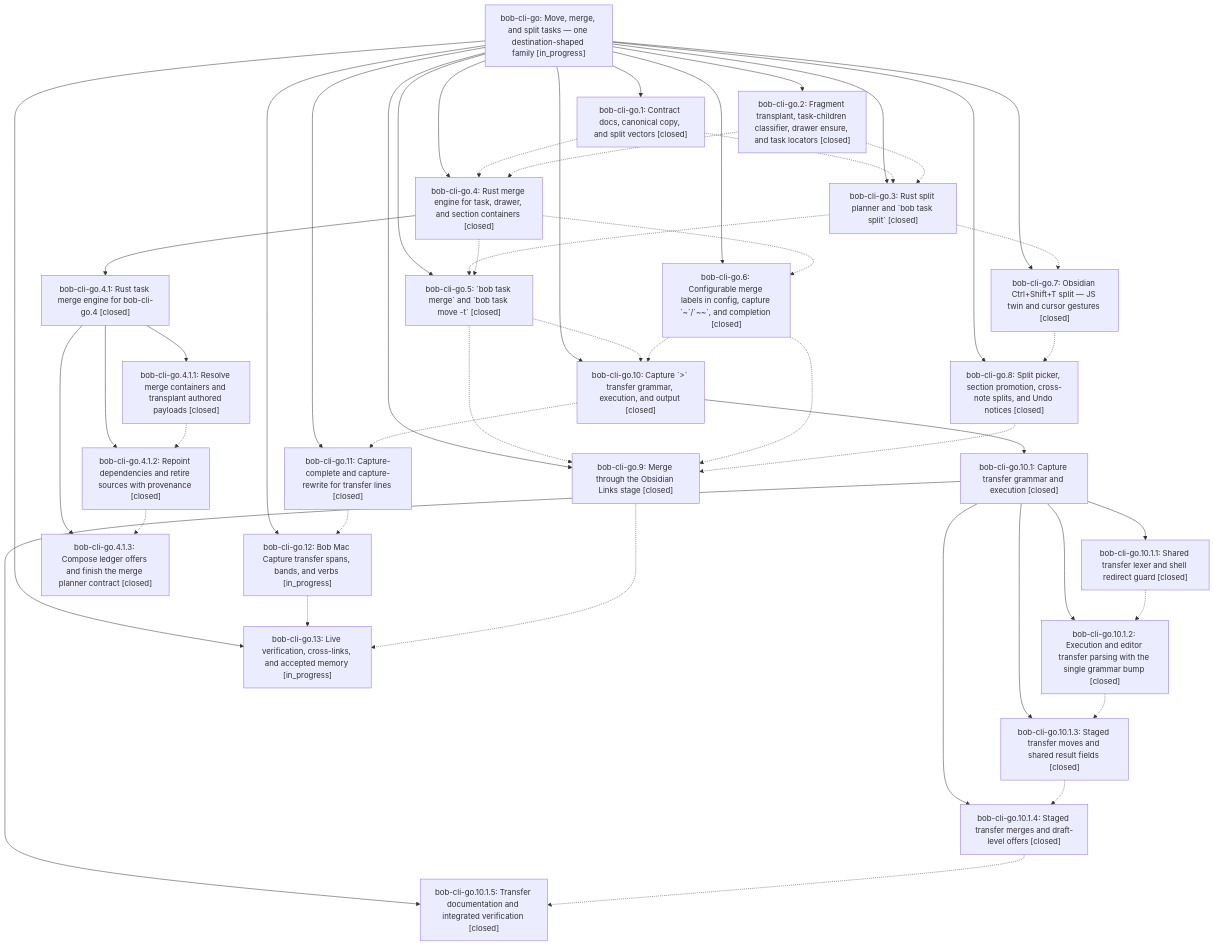
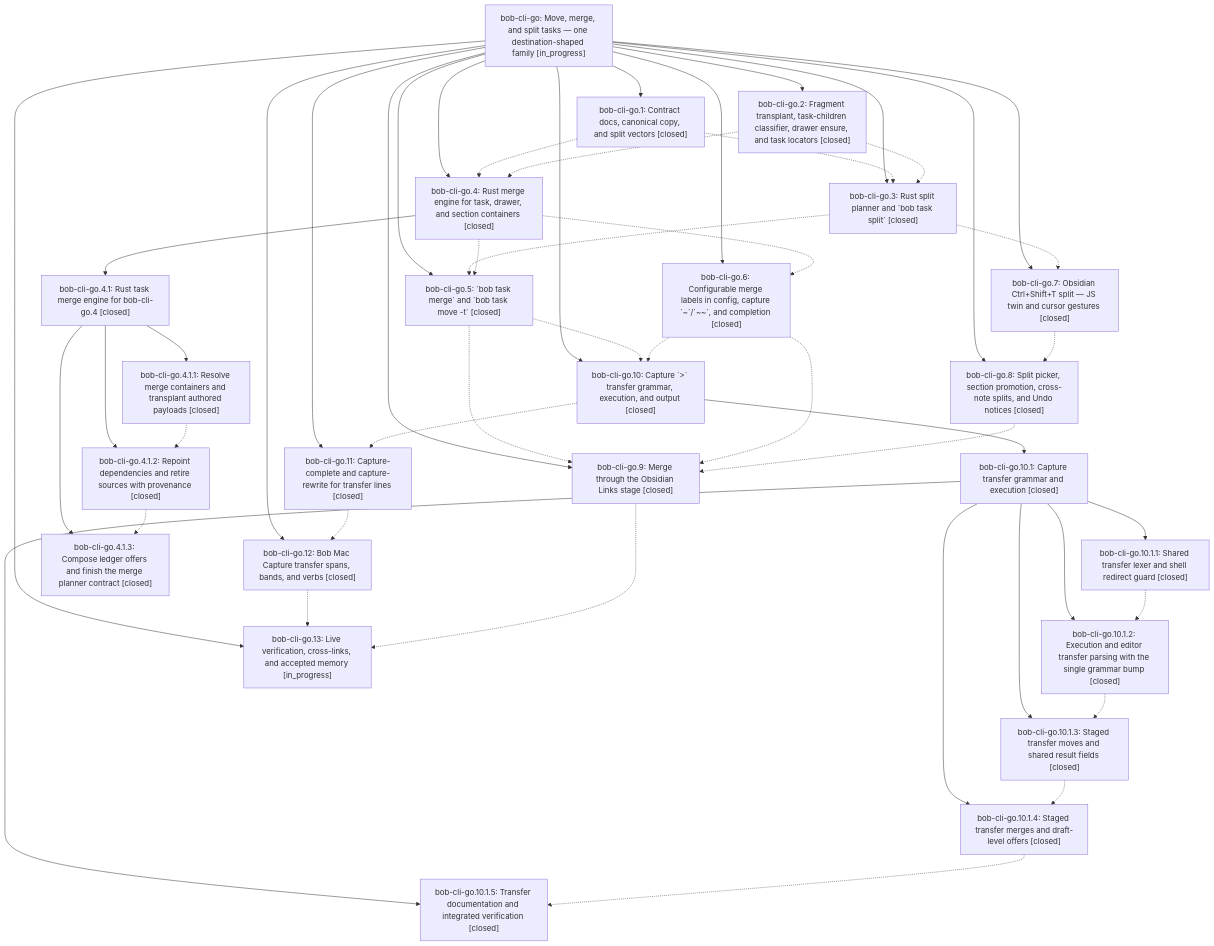
One commit to bobs-org/bob-cli--beads changed the diagram in pages/bob-cli-go/README.md. Above: the diagram before and after it, drawn with Mermaid. The commit also changed other lines of this file and 4 other files, not shown here.

First line of the commit message:
chore(beads): sync bead state and pages for bob-cli-go

````diff
--- a/pages/bob-cli-go/README.md
+++ b/pages/bob-cli-go/README.md
@@ -74,74 +74,74 @@
 ```mermaid
 flowchart TD
     n0["bob-cli-go: Move, merge, and split tasks — one destination-shaped family [in_progress]"]
     n1["bob-cli-go.1: Contract docs, canonical copy, and split vectors [closed]"]
     n2["bob-cli-go.10: Capture `&gt;` transfer grammar, execution, and output [closed]"]
     n3["bob-cli-go.10.1: Capture transfer grammar and execution [closed]"]
     n4["bob-cli-go.10.1.1: Shared transfer lexer and shell redirect guard [closed]"]
     n5["bob-cli-go.10.1.2: Execution and editor transfer parsing with the single grammar bump [closed]"]
     n6["bob-cli-go.10.1.3: Staged transfer moves and shared result fields [closed]"]
     n7["bob-cli-go.10.1.4: Staged transfer merges and draft-level offers [closed]"]
     n8["bob-cli-go.10.1.5: Transfer documentation and integrated verification [closed]"]
     n9["bob-cli-go.11: Capture-complete and capture-rewrite for transfer lines [closed]"]
-    n10["bob-cli-go.12: Bob Mac Capture transfer spans, bands, and verbs [in_progress]"]
+    n10["bob-cli-go.12: Bob Mac Capture transfer spans, bands, and verbs [closed]"]
     n11["bob-cli-go.13: Live verification, cross-links, and accepted memory [in_progress]"]
     n12["bob-cli-go.2: Fragment transplant, task-children classifier, drawer ensure, and task locators [closed]"]
     n13["bob-cli-go.3: Rust split planner and `bob task split` [closed]"]
     n14["bob-cli-go.4: Rust merge engine for task, drawer, and section containers [closed]"]
     n15["bob-cli-go.4.1: Rust task merge engine for bob-cli-go.4 [closed]"]
     n16["bob-cli-go.4.1.1: Resolve merge containers and transplant authored payloads [closed]"]
     n17["bob-cli-go.4.1.2: Repoint dependencies and retire sources with provenance [closed]"]
     n18["bob-cli-go.4.1.3: Compose ledger offers and finish the merge planner contract [closed]"]
     n19["bob-cli-go.5: `bob task merge` and `bob task move -t` [closed]"]
     n20["bob-cli-go.6: Configurable merge labels in config, capture `~`/`~~`, and completion [closed]"]
     n21["bob-cli-go.7: Obsidian Ctrl+Shift+T split — JS twin and cursor gestures [closed]"]
     n22["bob-cli-go.8: Split picker, section promotion, cross-note splits, and Undo notices [closed]"]
     n23["bob-cli-go.9: Merge through the Obsidian Links stage [closed]"]
     n0 --> n1
     n0 --> n2
     n2 --> n3
     n3 --> n4
     n3 --> n5
     n3 --> n6
     n3 --> n7
     n3 --> n8
     n0 --> n9
     n0 --> n10
     n0 --> n11
     n0 --> n12
     n0 --> n13
     n0 --> n14
     n14 --> n15
     n15 --> n16
     n15 --> n17
     n15 --> n18
     n0 --> n19
     n0 --> n20
     n0 --> n21
     n0 --> n22
     n0 --> n23
     n1 -.-> n13
     n1 -.-> n14
     n2 -.-> n9
     n4 -.-> n5
     n5 -.-> n6
     n6 -.-> n7
     n7 -.-> n8
     n9 -.-> n10
     n10 -.-> n11
     n12 -.-> n13
     n12 -.-> n14
     n13 -.-> n19
     n13 -.-> n21
     n14 -.-> n19
     n14 -.-> n20
     n16 -.-> n17
     n17 -.-> n18
     n19 -.-> n2
     n19 -.-> n23
     n20 -.-> n2
     n20 -.-> n23
     n21 -.-> n22
     n22 -.-> n23
     n23 -.-> n11
 ```
````
